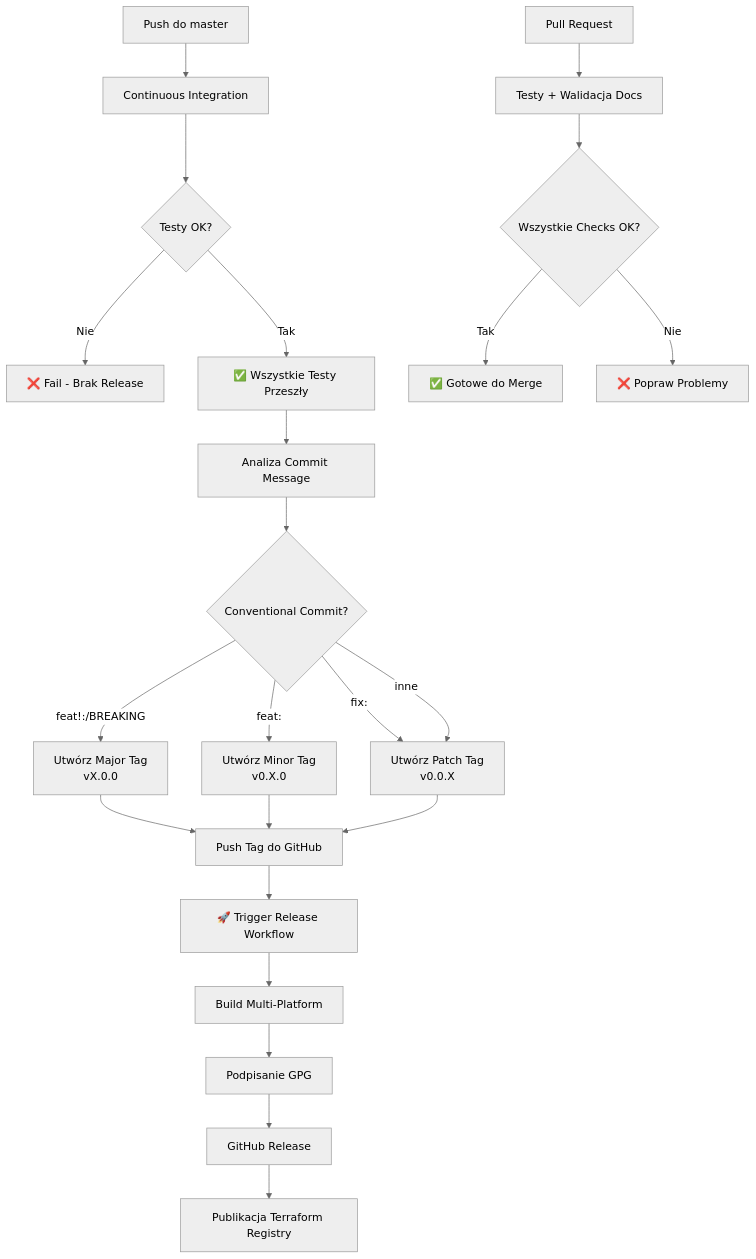
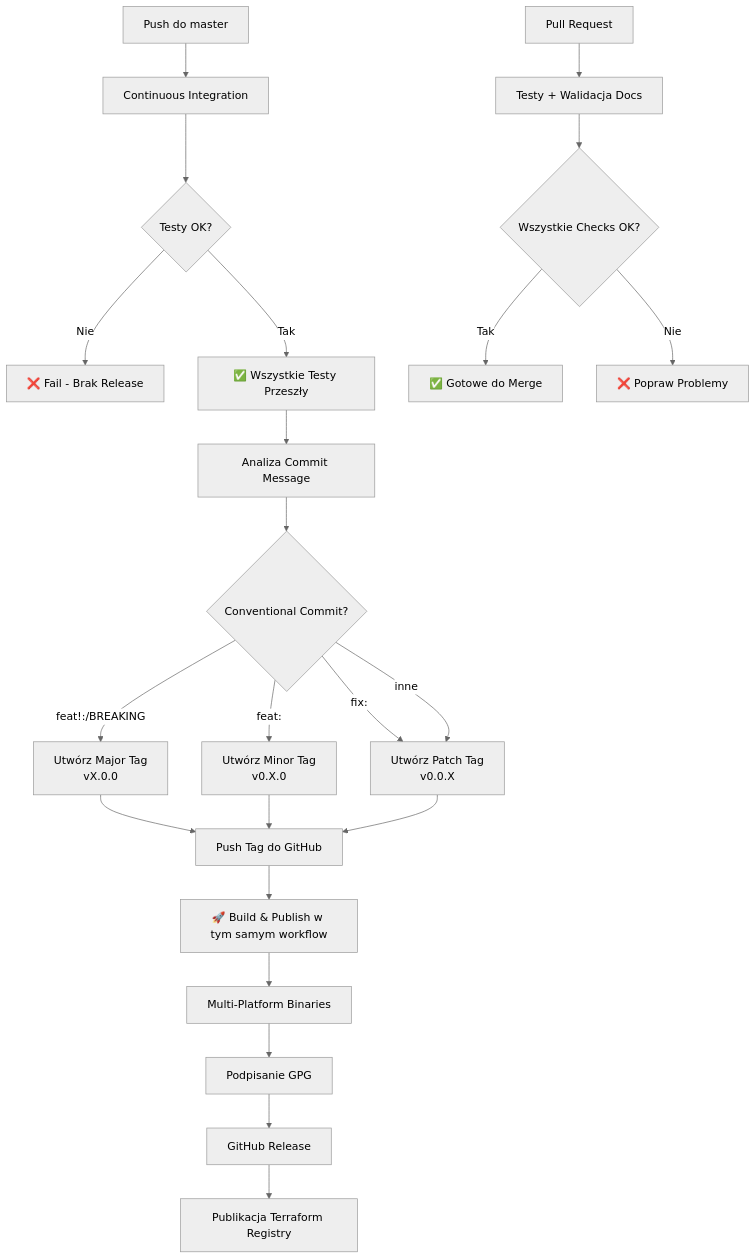
Before and after one commit to lkolo-prez/terraform-provider-mikrotik: the diagram in .github/workflows/README.md, drawn with Mermaid (neutral theme). The commit also changed other lines of this file and 2 other files, not shown here.

First line of the commit message:
feat: merge release into continuous-integration - single unified workflow

````diff
--- a/.github/workflows/README.md
+++ b/.github/workflows/README.md
@@ -110,26 +94,26 @@
 ```mermaid
 graph TD
     A[Push do master] --> B[Continuous Integration]
     B --> C{Testy OK?}
     C -->|Nie| D[❌ Fail - Brak Release]
     C -->|Tak| E[✅ Wszystkie Testy Przeszły]
     E --> F[Analiza Commit Message]
     F --> G{Conventional Commit?}
     G -->|feat!:/BREAKING| H[Utwórz Major Tag<br/>vX.0.0]
     G -->|feat:| I[Utwórz Minor Tag<br/>v0.X.0]
     G -->|fix:| J[Utwórz Patch Tag<br/>v0.0.X]
     G -->|inne| J
     H --> K[Push Tag do GitHub]
     I --> K
     J --> K
-    K --> L[🚀 Trigger Release Workflow]
-    L --> M[Build Multi-Platform]
+    K --> L[🚀 Build & Publish w tym samym workflow]
+    L --> M[Multi-Platform Binaries]
     M --> N[Podpisanie GPG]
     N --> O[GitHub Release]
     O --> P[Publikacja Terraform Registry]
     
     PR[Pull Request] --> Q[Testy + Walidacja Docs]
     Q --> R{Wszystkie Checks OK?}
     R -->|Tak| S[✅ Gotowe do Merge]
     R -->|Nie| T[❌ Popraw Problemy]
 ```
````
